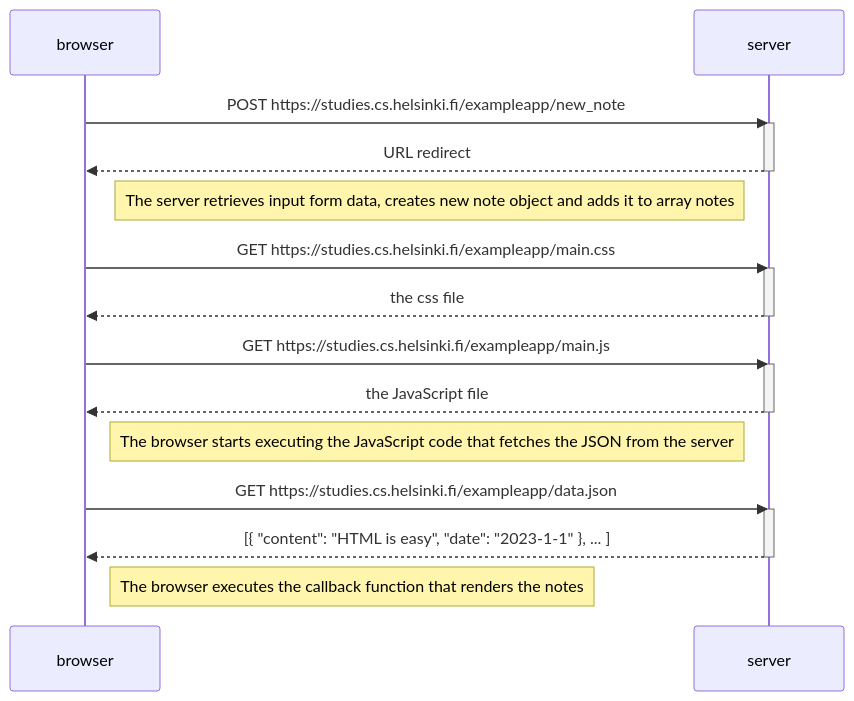
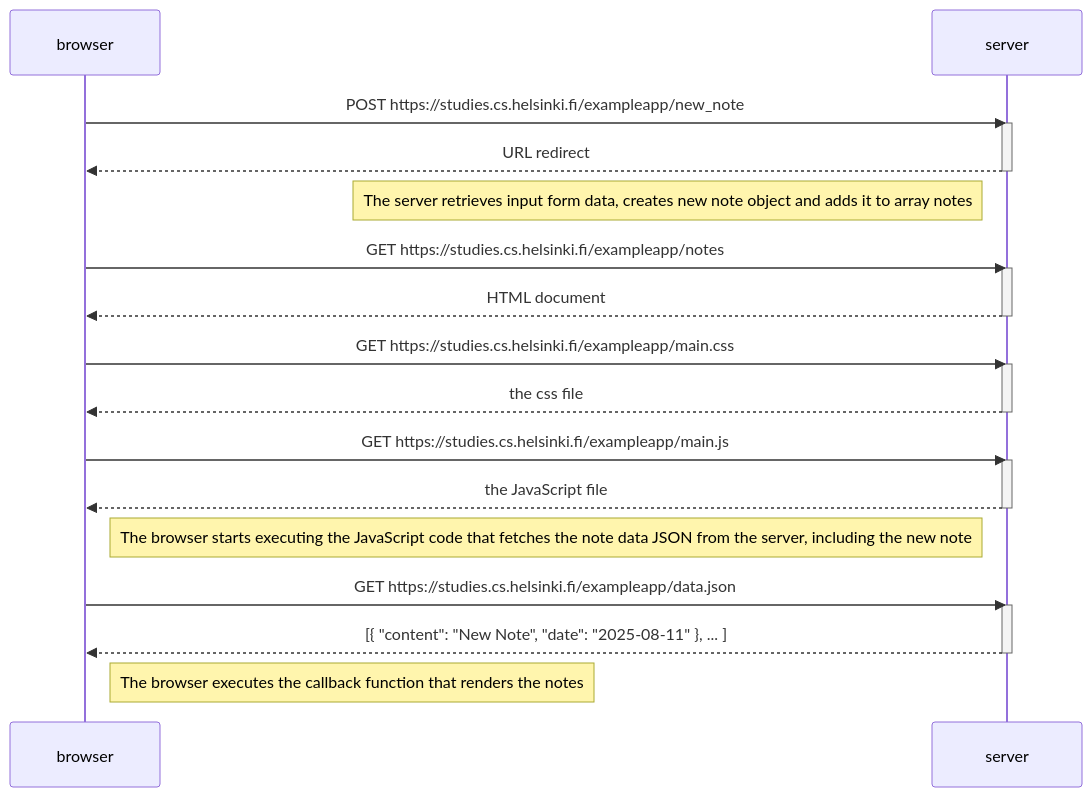
One commit to misheho/full_stack_mluukkai changed the diagram in part0/note_creation.md. Above: the diagram before and after it, drawn with Mermaid. The commit also changed 2 other files, not shown here.

Commit message:
three diagrams

````diff
--- a/part0/note_creation.md
+++ b/part0/note_creation.md
@@ -1,31 +1,36 @@
 ```mermaid
 sequenceDiagram
     participant browser
     participant server
     
     browser->>server: POST https://studies.cs.helsinki.fi/exampleapp/new_note
     activate server
     server-->>browser: URL redirect
     deactivate server
     
     Note left of server: The server retrieves input form data, creates new note object and adds it to array notes
+    
+    browser->>server: GET https://studies.cs.helsinki.fi/exampleapp/notes
+    activate server
+    server-->>browser: HTML document
+    deactivate server
 
     browser->>server: GET https://studies.cs.helsinki.fi/exampleapp/main.css
     activate server
     server-->>browser: the css file
     deactivate server
 
     browser->>server: GET https://studies.cs.helsinki.fi/exampleapp/main.js
     activate server
     server-->>browser: the JavaScript file
     deactivate server
 
-    Note right of browser: The browser starts executing the JavaScript code that fetches the JSON from the server
+    Note right of browser: The browser starts executing the JavaScript code that fetches the note data JSON from the server, including the new note
 
     browser->>server: GET https://studies.cs.helsinki.fi/exampleapp/data.json
     activate server
-    server-->>browser: [{ "content": "HTML is easy", "date": "2023-1-1" }, ... ]
+    server-->>browser: [{ "content": "New Note", "date": "2025-08-11" }, ... ]
     deactivate server
 
     Note right of browser: The browser executes the callback function that renders the notes
 ```
````
